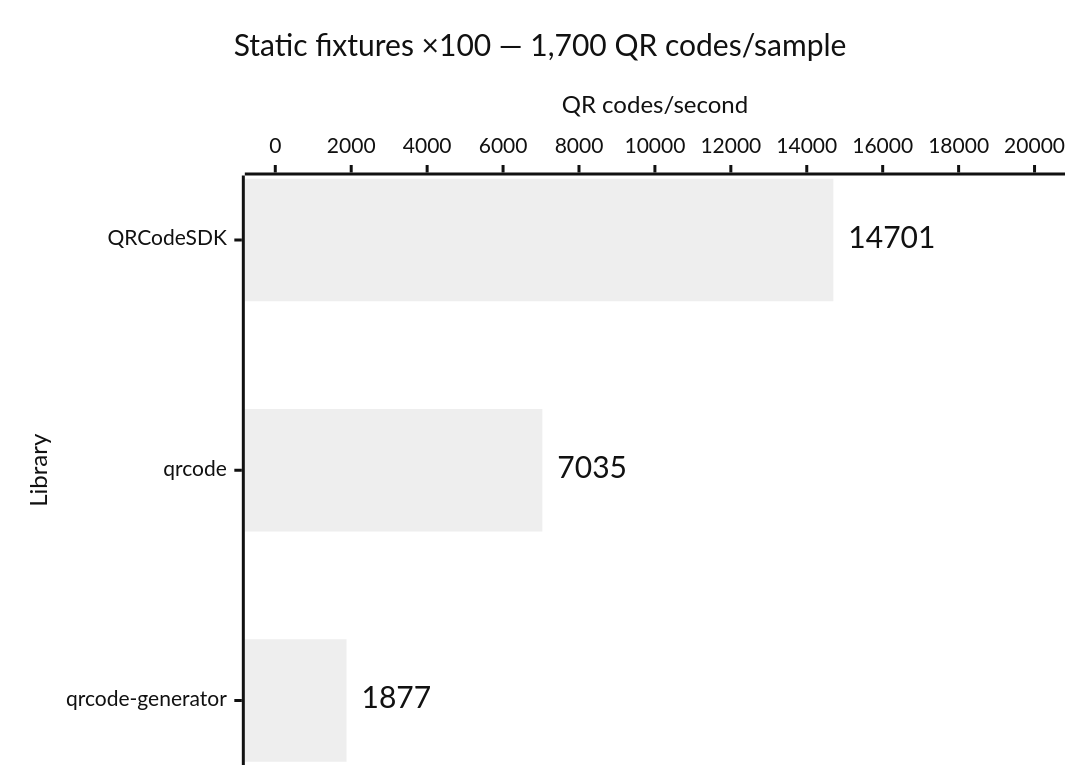
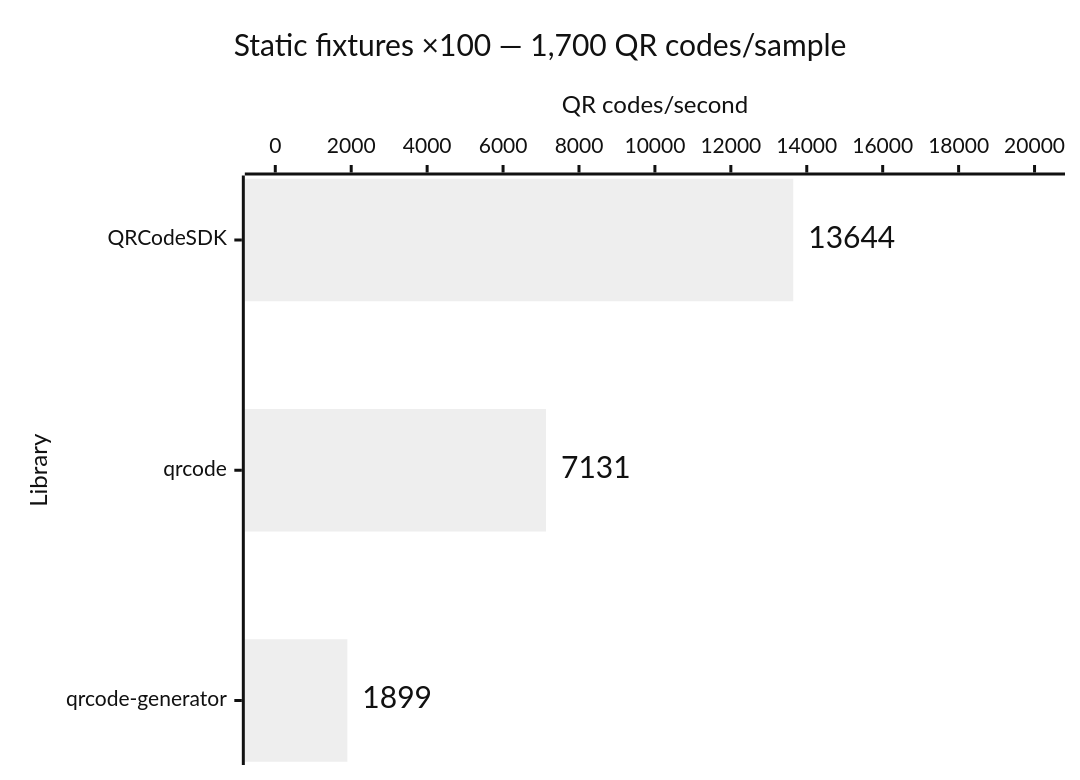
The third of 14 diagrams in apps/docs/src/content/docs/learn/performance.md (Dafnik/qrcodesdk), drawn with Mermaid (neutral theme) before and after one commit. The commit also changed other lines of this file and 75 other files, not shown here.

````diff
--- a/apps/docs/src/content/docs/learn/performance.md
+++ b/apps/docs/src/content/docs/learn/performance.md
@@ -61,15 +61,15 @@
 ```mermaid
 ---
 config:
   xyChart:
     showDataLabel: true
     showDataLabelOutsideBar: true
 ---
 xychart horizontal
   accTitle: Matrix generation: Static fixtures ×100 — 1,700 QR codes/sample
-  accDescr: Throughput calculated from median time. QRCodeSDK 14,701 QR codes per second, qrcode 7,035 QR codes per second, qrcode-generator 1,877 QR codes per second. Higher is better.
+  accDescr: Throughput calculated from median time. QRCodeSDK 13,644 QR codes per second, qrcode 7,131 QR codes per second, qrcode-generator 1,899 QR codes per second. Higher is better.
   title "Static fixtures ×100 — 1,700 QR codes/sample"
   x-axis "Library" ["QRCodeSDK", "qrcode", "qrcode-generator"]
   y-axis "QR codes/second" 0 --> 20000
-  bar [14701, 7035, 1877]
+  bar [13644, 7131, 1899]
 ```
````
